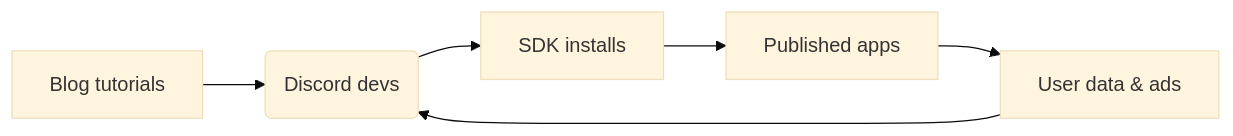
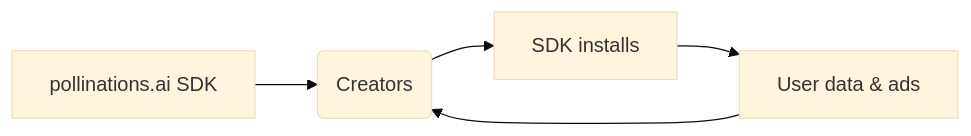
Before and after one commit to pollinations/pollinations: the first of 2 diagrams in operations/pitch-deck/markdown-slides/slides.md, drawn with Mermaid (base theme). The commit also changed other lines of this file, not shown here.

````diff
--- a/operations/pitch-deck/markdown-slides/slides.md
+++ b/operations/pitch-deck/markdown-slides/slides.md
@@ -140,8 +140,7 @@
 ```mermaid
 flowchart LR
-  A[Blog tutorials] --> B(Discord devs)
+  A[pollinations.ai SDK] --> B(Creators)
   B --> C[SDK installs]
-  C --> D[Published apps]
-  D --> E[User data & ads]
-  E --> B
+  C --> D[User data & ads]
+  D --> B
 ```
````
